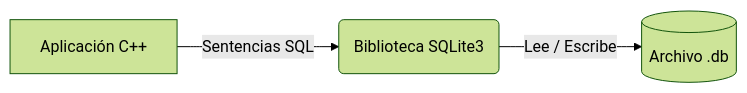
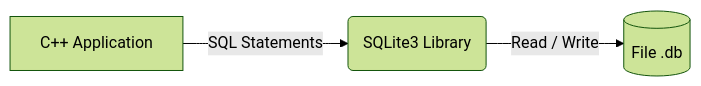
The first of 4 diagrams in readme.md (mfalconf/igt_playground), drawn with Mermaid (forest theme) before and after one commit. The commit also changed other lines of this file and 7 other files, not shown here.

````diff
--- a/readme.md
+++ b/readme.md
@@ -77,6 +77,6 @@
 ```mermaid
 graph LR
-    A[Aplicación C++] -->|Sentencias SQL| B(Biblioteca SQLite3)
-    B -->|Lee / Escribe| C[(Archivo .db)]
+    A[C++ Application] -->|SQL Statements| B(SQLite3 Library)
+    B -->|Read / Write| C[(File .db)]
 
 ```
````
